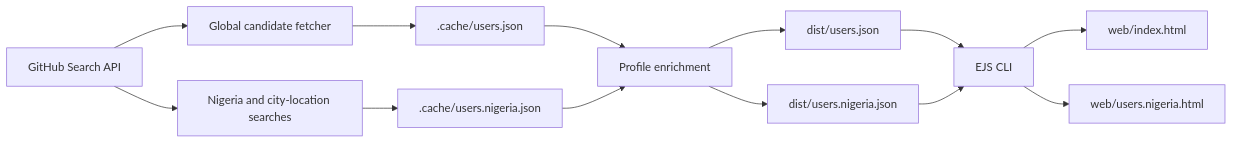
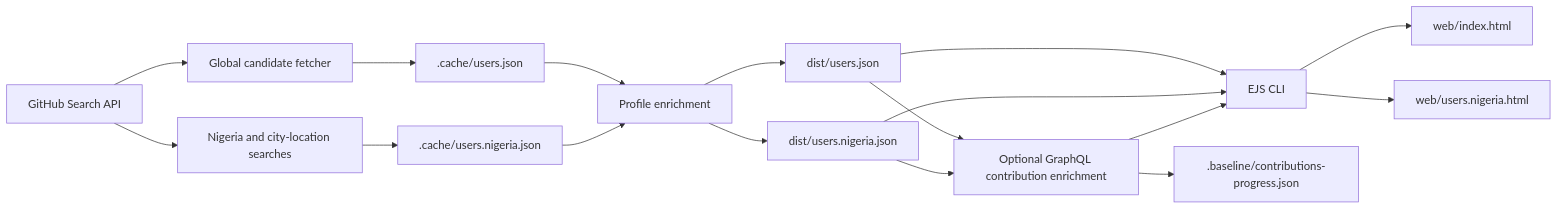
The diagram in ARCHITECTURE.md (shazzark/github-rank-ng), drawn with Mermaid before and after one commit. The commit also changed other lines of this file and 16 other files, not shown here.

````diff
--- a/ARCHITECTURE.md
+++ b/ARCHITECTURE.md
@@ -5,15 +5,19 @@
 ```mermaid
 flowchart LR
   GH[GitHub Search API] --> GF[Global candidate fetcher]
   GH --> NF[Nigeria and city-location searches]
   GF --> GC[.cache/users.json]
   NF --> NC[.cache/users.nigeria.json]
   GC --> EN[Profile enrichment]
   NC --> EN
   EN --> GD[dist/users.json]
   EN --> ND[dist/users.nigeria.json]
   GD --> EG[EJS CLI]
   ND --> EG
   EG --> GI[web/index.html]
   EG --> NI[web/users.nigeria.html]
+  GD --> CE[Optional GraphQL contribution enrichment]
+  ND --> CE
+  CE --> CB[.baseline/contributions-progress.json]
+  CE --> EG
 ```
````
